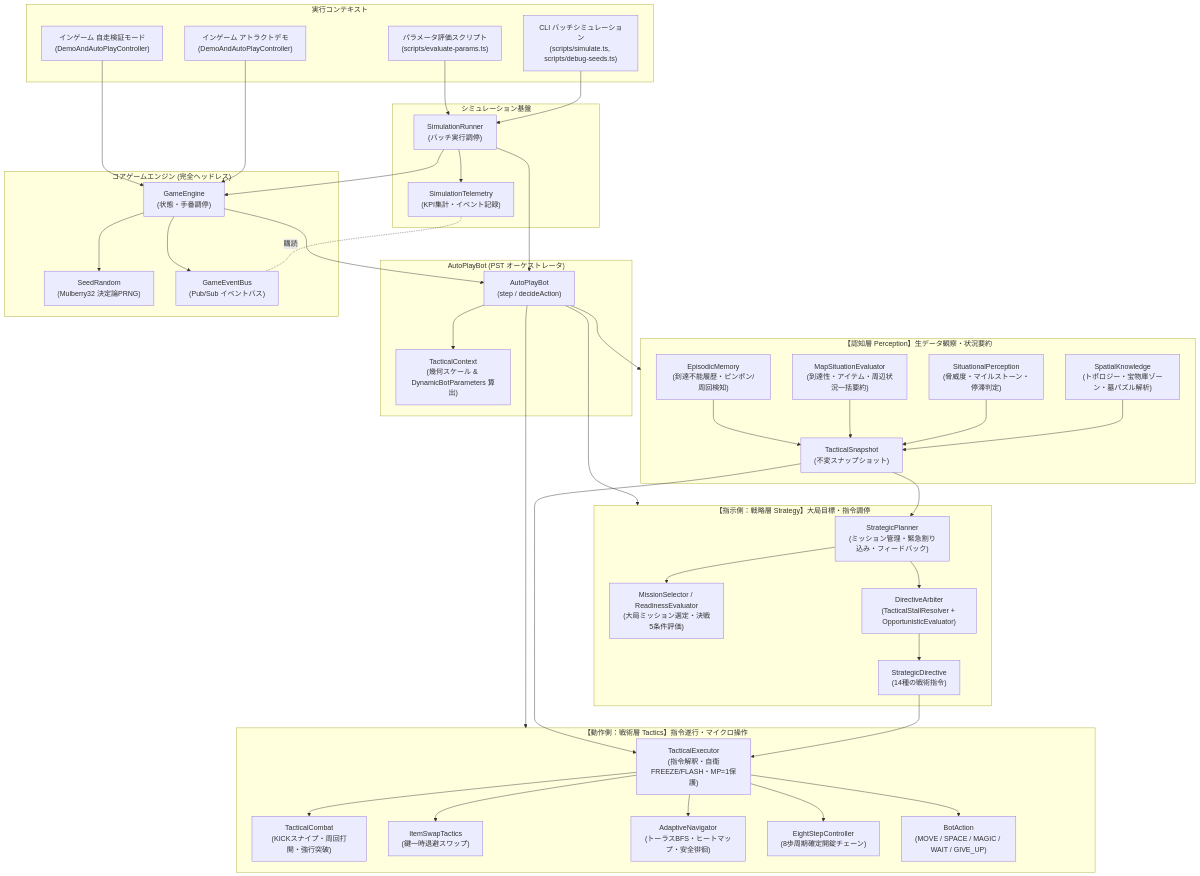
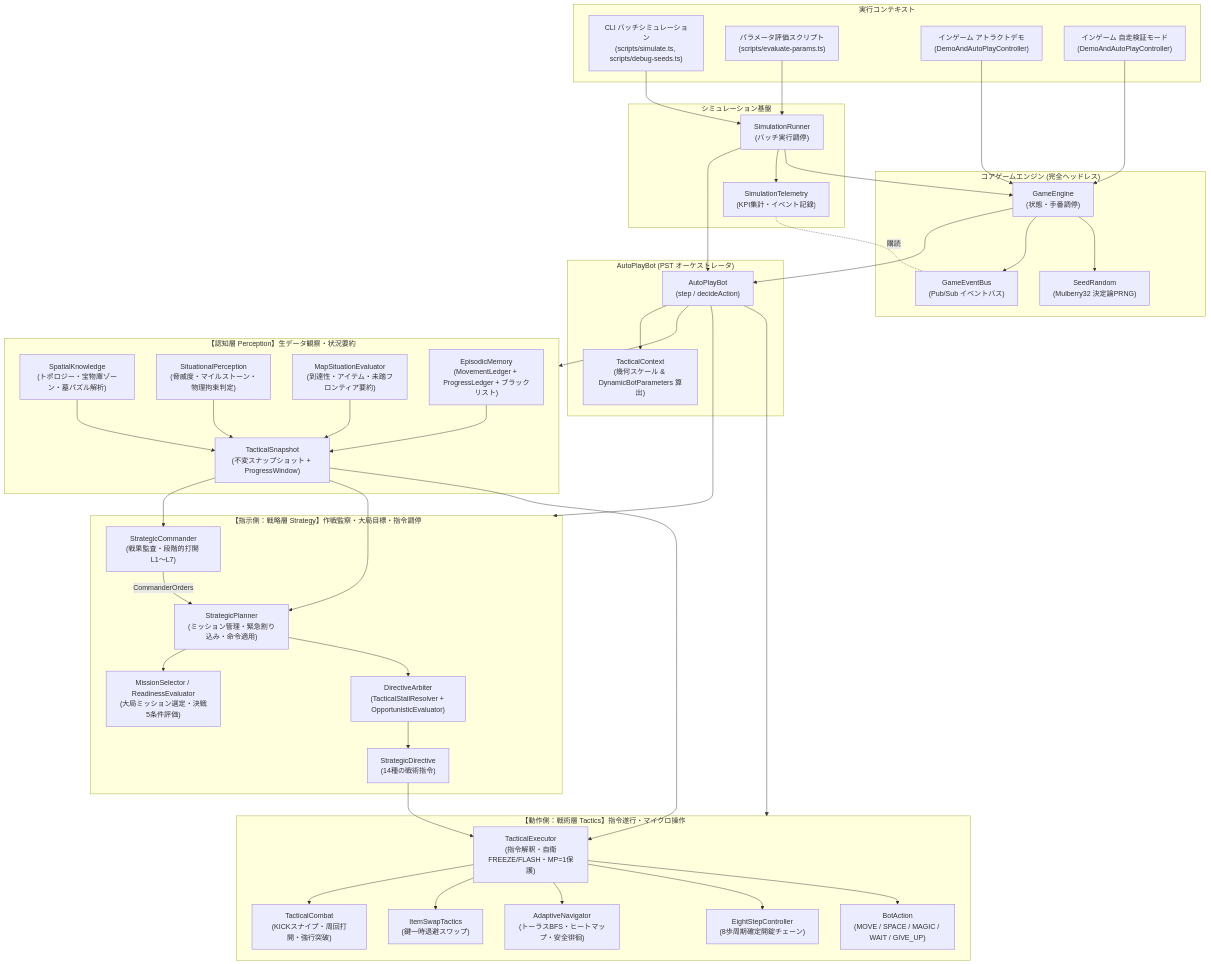
The first of 2 diagrams in docs/autoplay_and_simulation_spec.md (e3sh/ds1), drawn with Mermaid before and after one commit. The commit also changed other lines of this file and 40 other files, not shown here.

```diff
--- a/docs/autoplay_and_simulation_spec.md
+++ b/docs/autoplay_and_simulation_spec.md
@@ -43,21 +43,24 @@
 
     subgraph Perception_Layer ["【認知層 Perception】生データ観察・状況要約"]
         SK["SpatialKnowledge<br>(トポロジー・宝物庫ゾーン・墓パズル解析)"]
-        SP["SituationalPerception<br>(脅威度・マイルストーン・停滞判定)"]
-        MSE["MapSituationEvaluator<br>(到達性・アイテム・周辺状況一括要約)"]
-        EM["EpisodicMemory<br>(到達不能履歴・ピンポン/周回検知)"]
-        TS["TacticalSnapshot<br>(不変スナップショット)"]
+        SP["SituationalPerception<br>(脅威度・マイルストーン・物理拘束判定)"]
+        MSE["MapSituationEvaluator<br>(到達性・アイテム・未踏フロンティア要約)"]
+        EM["EpisodicMemory<br>(MovementLedger + ProgressLedger + ブラックリスト)"]
+        TS["TacticalSnapshot<br>(不変スナップショット + ProgressWindow)"]
         SK --> TS
         SP --> TS
         MSE --> TS
         EM --> TS
     end
 
-    subgraph Strategy_Layer ["【指示側：戦略層 Strategy】大局目標・指令調停"]
-        SP_Plan["StrategicPlanner<br>(ミッション管理・緊急割り込み・フィードバック)"]
+    subgraph Strategy_Layer ["【指示側：戦略層 Strategy】作戦監察・大局目標・指令調停"]
+        CMD["StrategicCommander<br>(戦果監査・段階的打開 L1〜L7)"]
+        SP_Plan["StrategicPlanner<br>(ミッション管理・緊急割り込み・命令適用)"]
         MS["MissionSelector / ReadinessEvaluator<br>(大局ミッション選定・決戦5条件評価)"]
         DA["DirectiveArbiter<br>(TacticalStallResolver + OpportunisticEvaluator)"]
         DIR["StrategicDirective<br>(14種の戦術指令)"]
+        TS --> CMD
+        CMD -- "CommanderOrders" --> SP_Plan
         TS --> SP_Plan
         SP_Plan --> MS
         SP_Plan --> DA
```
